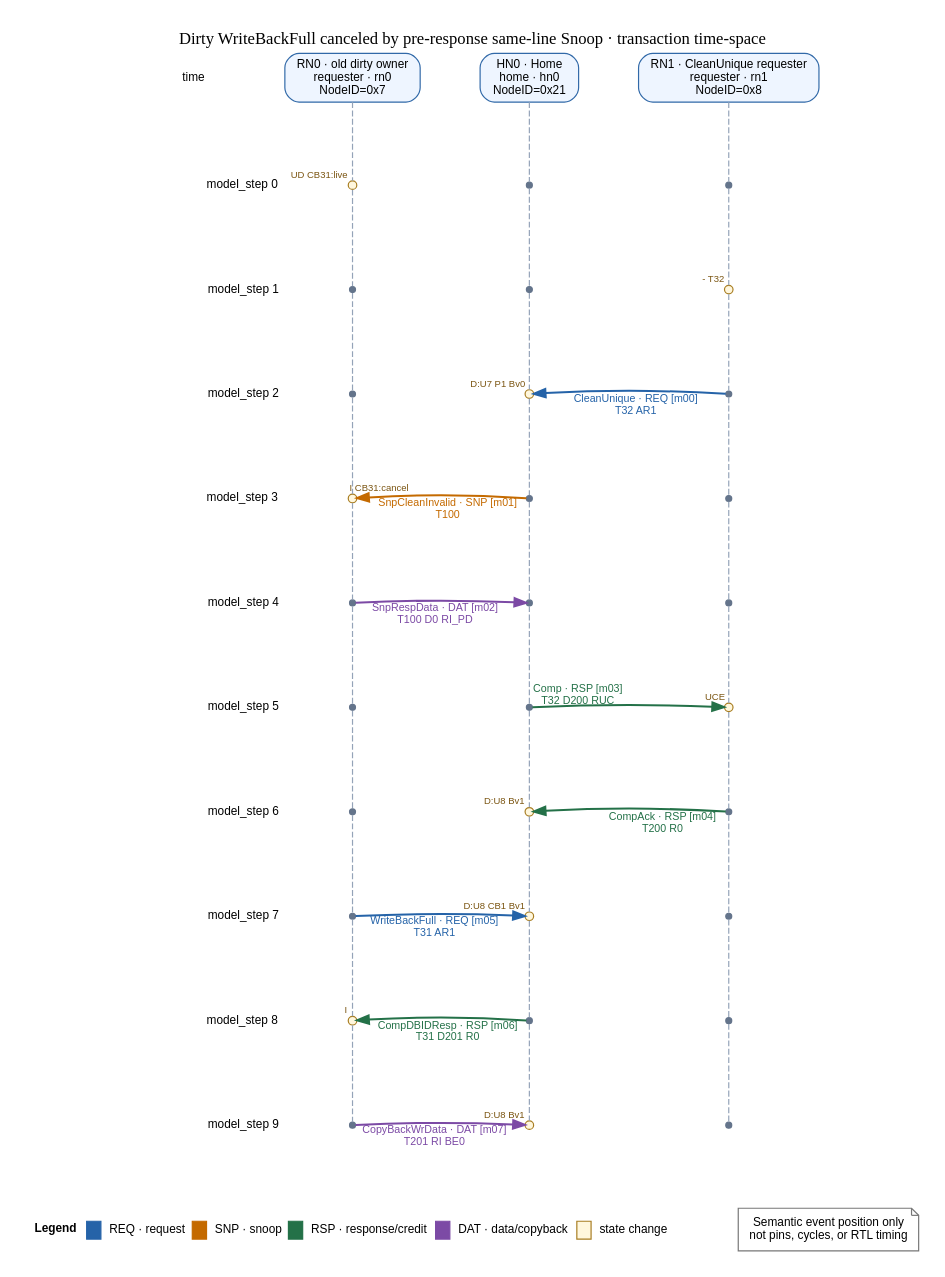
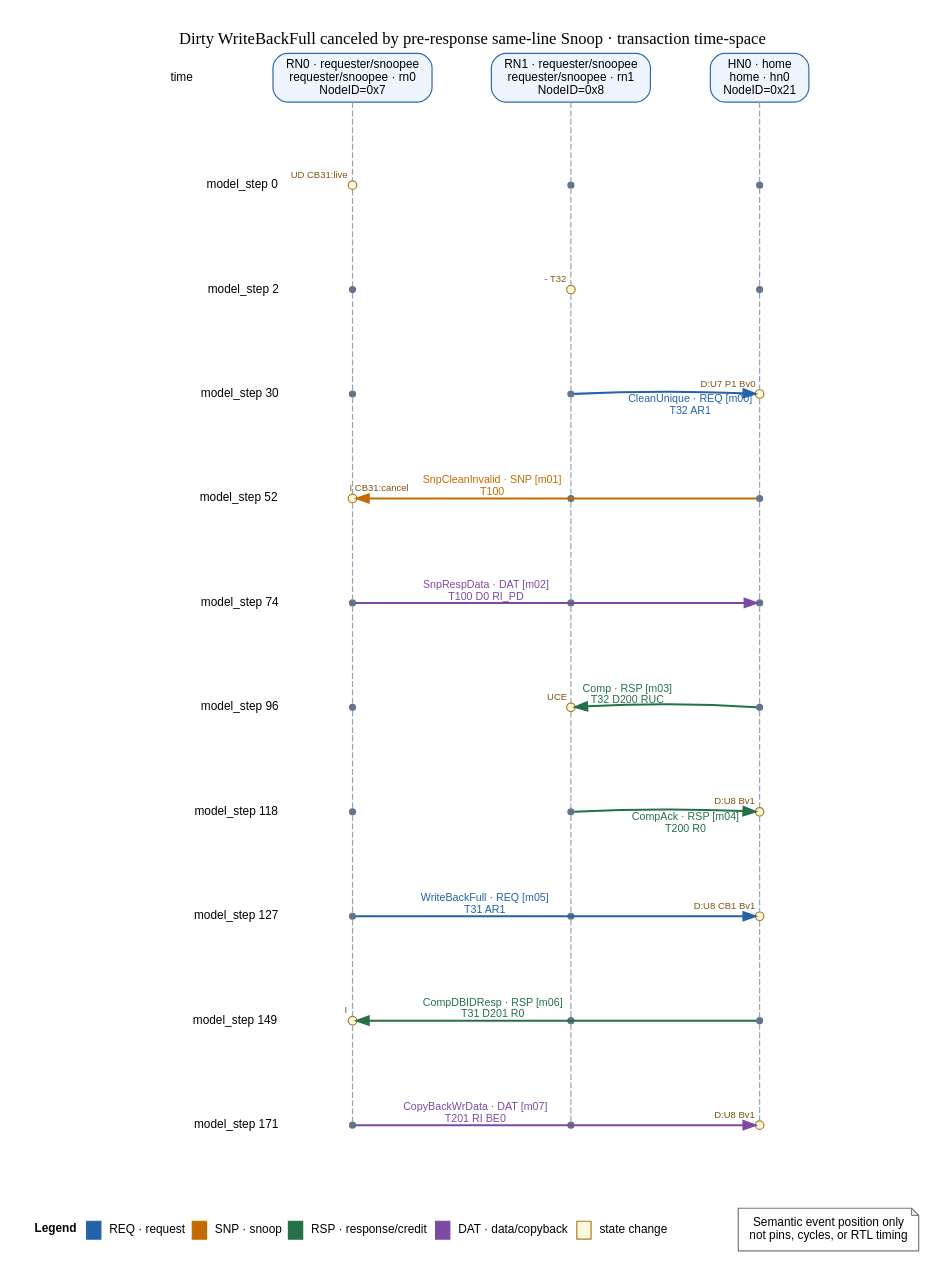
Before and after one commit to WhiteDeerPro/PROTOCOL_MODEL: the diagram in showcase/generated/chi/issue-h-flow-gallery/sources/cases/writeback-snoop-cancel/transaction-time-space.dot, drawn with Graphviz. The commit also changed 74 other files, not shown here.

Commit message:
Route CHI flow witnesses through explicit XP

```diff
--- a/showcase/generated/chi/issue-h-flow-gallery/sources/cases/writeback-snoop-cancel/transaction-time-space.dot
+++ b/showcase/generated/chi/issue-h-flow-gallery/sources/cases/writeback-snoop-cancel/transaction-time-space.dot
@@ -6,9 +6,9 @@
   node [fontname="sans-serif", fontsize=10];
   edge [fontname="sans-serif", fontsize=9];
   time_header [shape=plaintext, group="time", label="time"];
-  lifeline_0 [shape=box, style="rounded,filled", group="lifeline_0", fillcolor="#eef5ff", color="#3169a8", label="RN0 · old dirty owner\nrequester · rn0\nNodeID=0x7"];
-  lifeline_1 [shape=box, style="rounded,filled", group="lifeline_1", fillcolor="#eef5ff", color="#3169a8", label="HN0 · Home\nhome · hn0\nNodeID=0x21"];
-  lifeline_2 [shape=box, style="rounded,filled", group="lifeline_2", fillcolor="#eef5ff", color="#3169a8", label="RN1 · CleanUnique requester\nrequester · rn1\nNodeID=0x8"];
+  lifeline_0 [shape=box, style="rounded,filled", group="lifeline_0", fillcolor="#eef5ff", color="#3169a8", label="RN0 · requester/snoopee\nrequester/snoopee · rn0\nNodeID=0x7"];
+  lifeline_1 [shape=box, style="rounded,filled", group="lifeline_1", fillcolor="#eef5ff", color="#3169a8", label="RN1 · requester/snoopee\nrequester/snoopee · rn1\nNodeID=0x8"];
+  lifeline_2 [shape=box, style="rounded,filled", group="lifeline_2", fillcolor="#eef5ff", color="#3169a8", label="HN0 · home\nhome · hn0\nNodeID=0x21"];
   { rank=same; time_header; lifeline_0; lifeline_1; lifeline_2; }
   time_0 [shape=plaintext, group="time", label="model_step 0"];
   point_0_0 [shape=point, width=0.10, height=0.10, group="lifeline_0", fixedsize=true, color="#a87d21", fillcolor="#fff7dd", style=filled, fontname="sans-serif", fontcolor="#7a5410", fontsize=8, label="", xlabel="UD CB31:live", tooltip="writeback-snoop-cancel:state:000:rn0: rn0: UD → UD CB31:live"];
@@ -16,71 +16,71 @@
   point_2_0 [shape=point, width=0.07, height=0.07, group="lifeline_2", fixedsize=true, color="#64748b", label=""];
   { rank=same; time_0; point_0_0; point_1_0; point_2_0; }
   time_0 -> point_0_0 -> point_1_0 -> point_2_0 [style=invis, weight=100];
-  time_1 [shape=plaintext, group="time", label="model_step 1"];
+  time_1 [shape=plaintext, group="time", label="model_step 2"];
   point_0_1 [shape=point, width=0.07, height=0.07, group="lifeline_0", fixedsize=true, color="#64748b", label=""];
-  point_1_1 [shape=point, width=0.07, height=0.07, group="lifeline_1", fixedsize=true, color="#64748b", label=""];
-  point_2_1 [shape=point, width=0.10, height=0.10, group="lifeline_2", fixedsize=true, color="#a87d21", fillcolor="#fff7dd", style=filled, fontname="sans-serif", fontcolor="#7a5410", fontsize=8, label="", xlabel="- T32", tooltip="writeback-snoop-cancel:state:001:rn1: rn1: - → - T32"];
+  point_1_1 [shape=point, width=0.10, height=0.10, group="lifeline_1", fixedsize=true, color="#a87d21", fillcolor="#fff7dd", style=filled, fontname="sans-serif", fontcolor="#7a5410", fontsize=8, label="", xlabel="- T32", tooltip="writeback-snoop-cancel:state:002:rn1: rn1: - → - T32"];
+  point_2_1 [shape=point, width=0.07, height=0.07, group="lifeline_2", fixedsize=true, color="#64748b", label=""];
   { rank=same; time_1; point_0_1; point_1_1; point_2_1; }
   time_1 -> point_0_1 -> point_1_1 -> point_2_1 [style=invis, weight=100];
-  time_2 [shape=plaintext, group="time", label="model_step 2"];
+  time_2 [shape=plaintext, group="time", label="model_step 30"];
   point_0_2 [shape=point, width=0.07, height=0.07, group="lifeline_0", fixedsize=true, color="#64748b", label=""];
-  point_1_2 [shape=point, width=0.10, height=0.10, group="lifeline_1", fixedsize=true, color="#a87d21", fillcolor="#fff7dd", style=filled, fontname="sans-serif", fontcolor="#7a5410", fontsize=8, label="", xlabel="D:U7 P1 Bv0", tooltip="writeback-snoop-cancel:state:002:hn0: hn0: D:U7 Bv0 → D:U7 P1 Bv0"];
-  point_2_2 [shape=point, width=0.07, height=0.07, group="lifeline_2", fixedsize=true, color="#64748b", label=""];
+  point_1_2 [shape=point, width=0.07, height=0.07, group="lifeline_1", fixedsize=true, color="#64748b", label=""];
+  point_2_2 [shape=point, width=0.10, height=0.10, group="lifeline_2", fixedsize=true, color="#a87d21", fillcolor="#fff7dd", style=filled, fontname="sans-serif", fontcolor="#7a5410", fontsize=8, label="", xlabel="D:U7 P1 Bv0", tooltip="writeback-snoop-cancel:state:030:hn0: hn0: D:U7 Bv0 → D:U7 P1 Bv0"];
   { rank=same; time_2; point_0_2; point_1_2; point_2_2; }
   time_2 -> point_0_2 -> point_1_2 -> point_2_2 [style=invis, weight=100];
-  time_3 [shape=plaintext, group="time", label="model_step 3"];
-  point_0_3 [shape=point, width=0.10, height=0.10, group="lifeline_0", fixedsize=true, color="#a87d21", fillcolor="#fff7dd", style=filled, fontname="sans-serif", fontcolor="#7a5410", fontsize=8, label="", xlabel="I CB31:cancel", tooltip="writeback-snoop-cancel:state:003:rn0: rn0: UD CB31:live → I CB31:cancel"];
+  time_3 [shape=plaintext, group="time", label="model_step 52"];
+  point_0_3 [shape=point, width=0.10, height=0.10, group="lifeline_0", fixedsize=true, color="#a87d21", fillcolor="#fff7dd", style=filled, fontname="sans-serif", fontcolor="#7a5410", fontsize=8, label="", xlabel="I CB31:cancel", tooltip="writeback-snoop-cancel:state:052:rn0: rn0: UD CB31:live → I CB31:cancel"];
   point_1_3 [shape=point, width=0.07, height=0.07, group="lifeline_1", fixedsize=true, color="#64748b", label=""];
   point_2_3 [shape=point, width=0.07, height=0.07, group="lifeline_2", fixedsize=true, color="#64748b", label=""];
   { rank=same; time_3; point_0_3; point_1_3; point_2_3; }
   time_3 -> point_0_3 -> point_1_3 -> point_2_3 [style=invis, weight=100];
-  time_4 [shape=plaintext, group="time", label="model_step 4"];
+  time_4 [shape=plaintext, group="time", label="model_step 74"];
   point_0_4 [shape=point, width=0.07, height=0.07, group="lifeline_0", fixedsize=true, color="#64748b", label=""];
   point_1_4 [shape=point, width=0.07, height=0.07, group="lifeline_1", fixedsize=true, color="#64748b", label=""];
   point_2_4 [shape=point, width=0.07, height=0.07, group="lifeline_2", fixedsize=true, color="#64748b", label=""];
   { rank=same; time_4; point_0_4; point_1_4; point_2_4; }
   time_4 -> point_0_4 -> point_1_4 -> point_2_4 [style=invis, weight=100];
-  time_5 [shape=plaintext, group="time", label="model_step 5"];
+  time_5 [shape=plaintext, group="time", label="model_step 96"];
   point_0_5 [shape=point, width=0.07, height=0.07, group="lifeline_0", fixedsize=true, color="#64748b", label=""];
-  point_1_5 [shape=point, width=0.07, height=0.07, group="lifeline_1", fixedsize=true, color="#64748b", label=""];
-  point_2_5 [shape=point, width=0.10, height=0.10, group="lifeline_2", fixedsize=true, color="#a87d21", fillcolor="#fff7dd", style=filled, fontname="sans-serif", fontcolor="#7a5410", fontsize=8, label="", xlabel="UCE", tooltip="writeback-snoop-cancel:state:005:rn1: rn1: - T32 → UCE"];
+  point_1_5 [shape=point, width=0.10, height=0.10, group="lifeline_1", fixedsize=true, color="#a87d21", fillcolor="#fff7dd", style=filled, fontname="sans-serif", fontcolor="#7a5410", fontsize=8, label="", xlabel="UCE", tooltip="writeback-snoop-cancel:state:096:rn1: rn1: - T32 → UCE"];
+  point_2_5 [shape=point, width=0.07, height=0.07, group="lifeline_2", fixedsize=true, color="#64748b", label=""];
   { rank=same; time_5; point_0_5; point_1_5; point_2_5; }
   time_5 -> point_0_5 -> point_1_5 -> point_2_5 [style=invis, weight=100];
-  time_6 [shape=plaintext, group="time", label="model_step 6"];
+  time_6 [shape=plaintext, group="time", label="model_step 118"];
   point_0_6 [shape=point, width=0.07, height=0.07, group="lifeline_0", fixedsize=true, color="#64748b", label=""];
-  point_1_6 [shape=point, width=0.10, height=0.10, group="lifeline_1", fixedsize=true, color="#a87d21", fillcolor="#fff7dd", style=filled, fontname="sans-serif", fontcolor="#7a5410", fontsize=8, label="", xlabel="D:U8 Bv1", tooltip="writeback-snoop-cancel:state:006:hn0: hn0: D:U7 P1 Bv0 → D:U8 Bv1"];
-  point_2_6 [shape=point, width=0.07, height=0.07, group="lifeline_2", fixedsize=true, color="#64748b", label=""];
+  point_1_6 [shape=point, width=0.07, height=0.07, group="lifeline_1", fixedsize=true, color="#64748b", label=""];
+  point_2_6 [shape=point, width=0.10, height=0.10, group="lifeline_2", fixedsize=true, color="#a87d21", fillcolor="#fff7dd", style=filled, fontname="sans-serif", fontcolor="#7a5410", fontsize=8, label="", xlabel="D:U8 Bv1", tooltip="writeback-snoop-cancel:state:118:hn0: hn0: D:U7 P1 Bv0 → D:U8 Bv1"];
   { rank=same; time_6; point_0_6; point_1_6; point_2_6; }
   time_6 -> point_0_6 -> point_1_6 -> point_2_6 [style=invis, weight=100];
-  time_7 [shape=plaintext, group="time", label="model_step 7"];
+  time_7 [shape=plaintext, group="time", label="model_step 127"];
   point_0_7 [shape=point, width=0.07, height=0.07, group="lifeline_0", fixedsize=true, color="#64748b", label=""];
-  point_1_7 [shape=point, width=0.10, height=0.10, group="lifeline_1", fixedsize=true, color="#a87d21", fillcolor="#fff7dd", style=filled, fontname="sans-serif", fontcolor="#7a5410", fontsize=8, label="", xlabel="D:U8 CB1 Bv1", tooltip="writeback-snoop-cancel:state:007:hn0: hn0: D:U8 Bv1 → D:U8 CB1 Bv1"];
-  point_2_7 [shape=point, width=0.07, height=0.07, group="lifeline_2", fixedsize=true, color="#64748b", label=""];
+  point_1_7 [shape=point, width=0.07, height=0.07, group="lifeline_1", fixedsize=true, color="#64748b", label=""];
+  point_2_7 [shape=point, width=0.10, height=0.10, group="lifeline_2", fixedsize=true, color="#a87d21", fillcolor="#fff7dd", style=filled, fontname="sans-serif", fontcolor="#7a5410", fontsize=8, label="", xlabel="D:U8 CB1 Bv1", tooltip="writeback-snoop-cancel:state:127:hn0: hn0: D:U8 Bv1 → D:U8 CB1 Bv1"];
   { rank=same; time_7; point_0_7; point_1_7; point_2_7; }
   time_7 -> point_0_7 -> point_1_7 -> point_2_7 [style=invis, weight=100];
-  time_8 [shape=plaintext, group="time", label="model_step 8"];
-  point_0_8 [shape=point, width=0.10, height=0.10, group="lifeline_0", fixedsize=true, color="#a87d21", fillcolor="#fff7dd", style=filled, fontname="sans-serif", fontcolor="#7a5410", fontsize=8, label="", xlabel="I", tooltip="writeback-snoop-cancel:state:008:rn0: rn0: I CB31:cancel → I"];
+  time_8 [shape=plaintext, group="time", label="model_step 149"];
+  point_0_8 [shape=point, width=0.10, height=0.10, group="lifeline_0", fixedsize=true, color="#a87d21", fillcolor="#fff7dd", style=filled, fontname="sans-serif", fontcolor="#7a5410", fontsize=8, label="", xlabel="I", tooltip="writeback-snoop-cancel:state:149:rn0: rn0: I CB31:cancel → I"];
   point_1_8 [shape=point, width=0.07, height=0.07, group="lifeline_1", fixedsize=true, color="#64748b", label=""];
   point_2_8 [shape=point, width=0.07, height=0.07, group="lifeline_2", fixedsize=true, color="#64748b", label=""];
   { rank=same; time_8; point_0_8; point_1_8; point_2_8; }
   time_8 -> point_0_8 -> point_1_8 -> point_2_8 [style=invis, weight=100];
-  time_9 [shape=plaintext, group="time", label="model_step 9"];
+  time_9 [shape=plaintext, group="time", label="model_step 171"];
   point_0_9 [shape=point, width=0.07, height=0.07, group="lifeline_0", fixedsize=true, color="#64748b", label=""];
-  point_1_9 [shape=point, width=0.10, height=0.10, group="lifeline_1", fixedsize=true, color="#a87d21", fillcolor="#fff7dd", style=filled, fontname="sans-serif", fontcolor="#7a5410", fontsize=8, label="", xlabel="D:U8 Bv1", tooltip="writeback-snoop-cancel:state:009:hn0: hn0: D:U8 CB1 Bv1 → D:U8 Bv1"];
-  point_2_9 [shape=point, width=0.07, height=0.07, group="lifeline_2", fixedsize=true, color="#64748b", label=""];
+  point_1_9 [shape=point, width=0.07, height=0.07, group="lifeline_1", fixedsize=true, color="#64748b", label=""];
+  point_2_9 [shape=point, width=0.10, height=0.10, group="lifeline_2", fixedsize=true, color="#a87d21", fillcolor="#fff7dd", style=filled, fontname="sans-serif", fontcolor="#7a5410", fontsize=8, label="", xlabel="D:U8 Bv1", tooltip="writeback-snoop-cancel:state:171:hn0: hn0: D:U8 CB1 Bv1 → D:U8 Bv1"];
   { rank=same; time_9; point_0_9; point_1_9; point_2_9; }
   time_9 -> point_0_9 -> point_1_9 -> point_2_9 [style=invis, weight=100];
   lifeline_0 -> point_0_0 -> point_0_1 -> point_0_2 -> point_0_3 -> point_0_4 -> point_0_5 -> point_0_6 -> point_0_7 -> point_0_8 -> point_0_9 [arrowhead=none, style=dashed, color="#94a3b8", weight=20];
   lifeline_1 -> point_1_0 -> point_1_1 -> point_1_2 -> point_1_3 -> point_1_4 -> point_1_5 -> point_1_6 -> point_1_7 -> point_1_8 -> point_1_9 [arrowhead=none, style=dashed, color="#94a3b8", weight=20];
   lifeline_2 -> point_2_0 -> point_2_1 -> point_2_2 -> point_2_3 -> point_2_4 -> point_2_5 -> point_2_6 -> point_2_7 -> point_2_8 -> point_2_9 [arrowhead=none, style=dashed, color="#94a3b8", weight=20];
-  point_2_2 -> point_1_2 [constraint=false, color="#2563a8", fontcolor="#2563a8", penwidth=1.7, xlabel="CleanUnique · REQ [m00]\nT32 AR1"];
-  point_1_3 -> point_0_3 [constraint=false, color="#c46a00", fontcolor="#c46a00", penwidth=1.7, xlabel="SnpCleanInvalid · SNP [m01]\nT100"];
-  point_0_4 -> point_1_4 [constraint=false, color="#7c4aa5", fontcolor="#7c4aa5", penwidth=1.7, xlabel="SnpRespData · DAT [m02]\nT100 D0 RI_PD"];
-  point_1_5 -> point_2_5 [constraint=false, color="#247148", fontcolor="#247148", penwidth=1.7, xlabel="Comp · RSP [m03]\nT32 D200 RUC"];
-  point_2_6 -> point_1_6 [constraint=false, color="#247148", fontcolor="#247148", penwidth=1.7, xlabel="CompAck · RSP [m04]\nT200 R0"];
-  point_0_7 -> point_1_7 [constraint=false, color="#2563a8", fontcolor="#2563a8", penwidth=1.7, xlabel="WriteBackFull · REQ [m05]\nT31 AR1"];
-  point_1_8 -> point_0_8 [constraint=false, color="#247148", fontcolor="#247148", penwidth=1.7, xlabel="CompDBIDResp · RSP [m06]\nT31 D201 R0"];
-  point_0_9 -> point_1_9 [constraint=false, color="#7c4aa5", fontcolor="#7c4aa5", penwidth=1.7, xlabel="CopyBackWrData · DAT [m07]\nT201 RI BE0"];
+  point_1_2 -> point_2_2 [constraint=false, color="#2563a8", fontcolor="#2563a8", penwidth=1.7, xlabel="CleanUnique · REQ [m00]\nT32 AR1"];
+  point_2_3 -> point_0_3 [constraint=false, color="#c46a00", fontcolor="#c46a00", penwidth=1.7, xlabel="SnpCleanInvalid · SNP [m01]\nT100"];
+  point_0_4 -> point_2_4 [constraint=false, color="#7c4aa5", fontcolor="#7c4aa5", penwidth=1.7, xlabel="SnpRespData · DAT [m02]\nT100 D0 RI_PD"];
+  point_2_5 -> point_1_5 [constraint=false, color="#247148", fontcolor="#247148", penwidth=1.7, xlabel="Comp · RSP [m03]\nT32 D200 RUC"];
+  point_1_6 -> point_2_6 [constraint=false, color="#247148", fontcolor="#247148", penwidth=1.7, xlabel="CompAck · RSP [m04]\nT200 R0"];
+  point_0_7 -> point_2_7 [constraint=false, color="#2563a8", fontcolor="#2563a8", penwidth=1.7, xlabel="WriteBackFull · REQ [m05]\nT31 AR1"];
+  point_2_8 -> point_0_8 [constraint=false, color="#247148", fontcolor="#247148", penwidth=1.7, xlabel="CompDBIDResp · RSP [m06]\nT31 D201 R0"];
+  point_0_9 -> point_2_9 [constraint=false, color="#7c4aa5", fontcolor="#7c4aa5", penwidth=1.7, xlabel="CopyBackWrData · DAT [m07]\nT201 RI BE0"];
   legend [shape=plain, label=<<TABLE BORDER="0" CELLBORDER="0" CELLSPACING="5" CELLPADDING="2"><TR><TD><B>Legend</B></TD><TD BORDER="1" COLOR="#2563a8" BGCOLOR="#2563a8" WIDTH="12"></TD><TD ALIGN="LEFT">REQ · request</TD><TD BORDER="1" COLOR="#c46a00" BGCOLOR="#c46a00" WIDTH="12"></TD><TD ALIGN="LEFT">SNP · snoop</TD><TD BORDER="1" COLOR="#247148" BGCOLOR="#247148" WIDTH="12"></TD><TD ALIGN="LEFT">RSP · response/credit</TD><TD BORDER="1" COLOR="#7c4aa5" BGCOLOR="#7c4aa5" WIDTH="12"></TD><TD ALIGN="LEFT">DAT · data/copyback</TD><TD BORDER="1" COLOR="#a87d21" BGCOLOR="#fff7dd" WIDTH="12"></TD><TD ALIGN="LEFT">state change</TD></TR></TABLE>>];
   boundary [shape=note, color="#777777", label="Semantic event position only\nnot pins, cycles, or RTL timing"];
   { rank=same; legend; boundary; }
```
